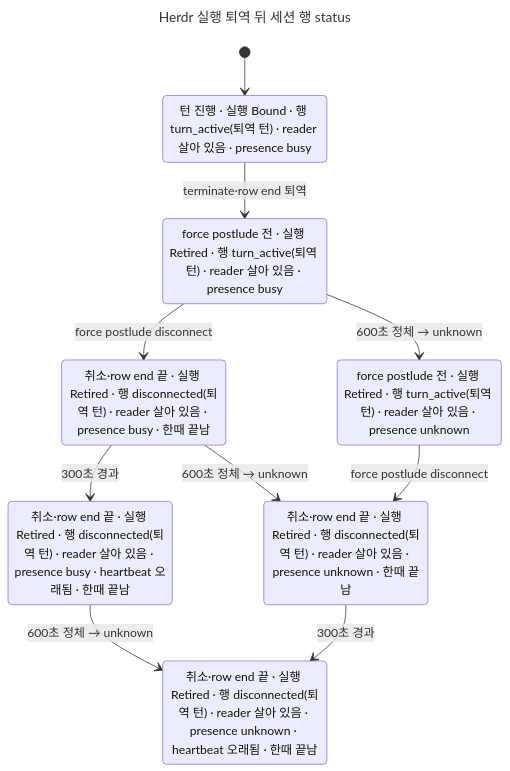
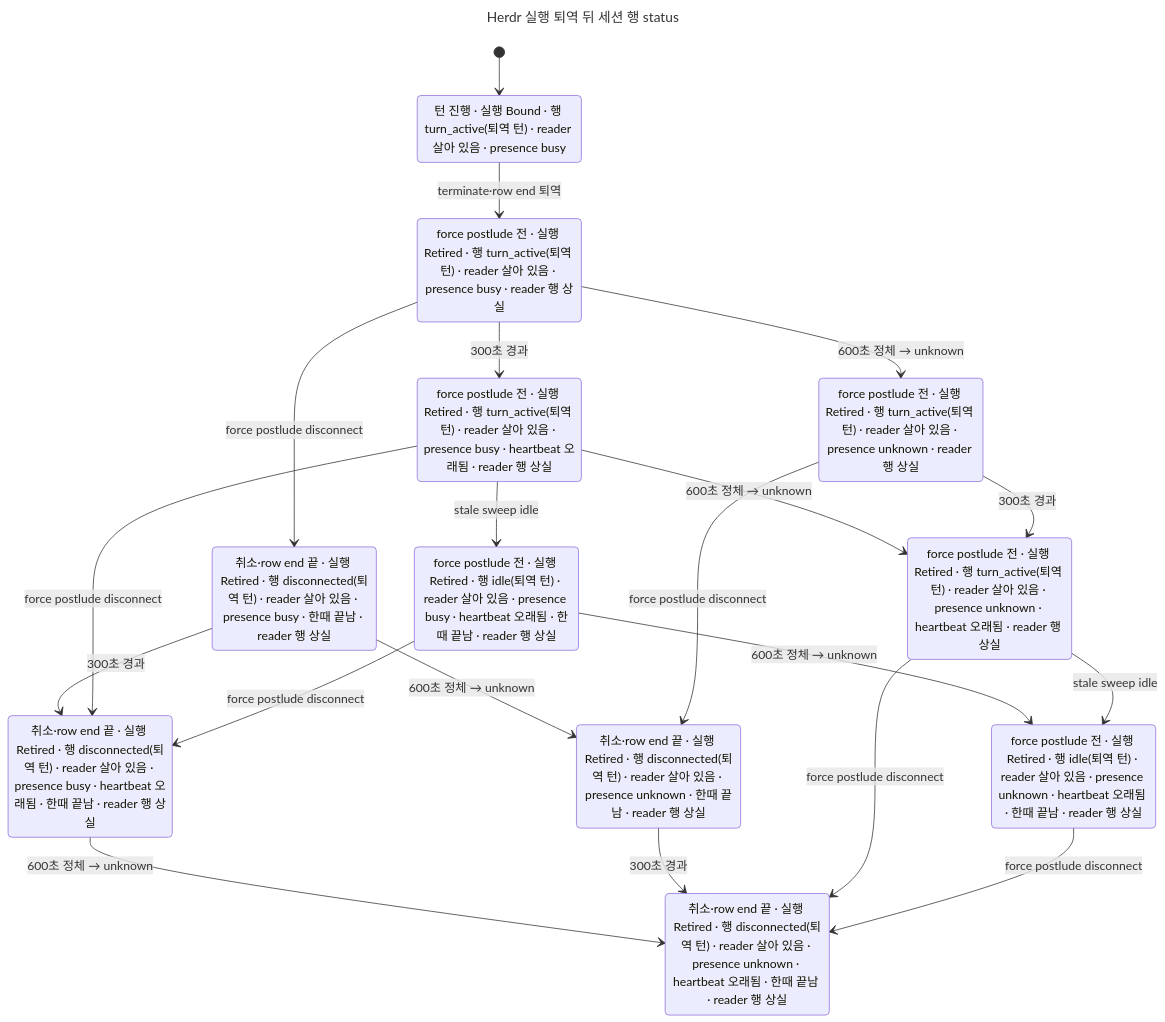
The diagram in docs/statecharts/session-lifecycle/herdr-retired-row-After.chart.mmd (itismyfield/AgentDesk), drawn with Mermaid before and after one commit. The commit also changed 29 other files, not shown here.

Commit message:
docs(statecharts): retired row model stops the lost reader's writes

```diff
--- a/docs/statecharts/session-lifecycle/herdr-retired-row-After.chart.mmd
+++ b/docs/statecharts/session-lifecycle/herdr-retired-row-After.chart.mmd
@@ -1,20 +1,34 @@
 ---
 title: "Herdr 실행 퇴역 뒤 세션 행 status"
 ---
 stateDiagram-v2
   s0: 턴 진행 #183; 실행 Bound #183; 행 turn_active(퇴역 턴) #183; reader 살아 있음 #183; presence busy
-  s1: force postlude 전 #183; 실행 Retired #183; 행 turn_active(퇴역 턴) #183; reader 살아 있음 #183; presence busy
-  s2: 취소#183;row end 끝 #183; 실행 Retired #183; 행 disconnected(퇴역 턴) #183; reader 살아 있음 #183; presence busy #183; 한때 끝남
-  s3: force postlude 전 #183; 실행 Retired #183; 행 turn_active(퇴역 턴) #183; reader 살아 있음 #183; presence unknown
-  s4: 취소#183;row end 끝 #183; 실행 Retired #183; 행 disconnected(퇴역 턴) #183; reader 살아 있음 #183; presence busy #183; heartbeat 오래됨 #183; 한때 끝남
-  s5: 취소#183;row end 끝 #183; 실행 Retired #183; 행 disconnected(퇴역 턴) #183; reader 살아 있음 #183; presence unknown #183; 한때 끝남
-  s6: 취소#183;row end 끝 #183; 실행 Retired #183; 행 disconnected(퇴역 턴) #183; reader 살아 있음 #183; presence unknown #183; heartbeat 오래됨 #183; 한때 끝남
+  s1: force postlude 전 #183; 실행 Retired #183; 행 turn_active(퇴역 턴) #183; reader 살아 있음 #183; presence busy #183; reader 행 상실
+  s2: 취소#183;row end 끝 #183; 실행 Retired #183; 행 disconnected(퇴역 턴) #183; reader 살아 있음 #183; presence busy #183; 한때 끝남 #183; reader 행 상실
+  s3: force postlude 전 #183; 실행 Retired #183; 행 turn_active(퇴역 턴) #183; reader 살아 있음 #183; presence busy #183; heartbeat 오래됨 #183; reader 행 상실
+  s4: force postlude 전 #183; 실행 Retired #183; 행 turn_active(퇴역 턴) #183; reader 살아 있음 #183; presence unknown #183; reader 행 상실
+  s5: 취소#183;row end 끝 #183; 실행 Retired #183; 행 disconnected(퇴역 턴) #183; reader 살아 있음 #183; presence busy #183; heartbeat 오래됨 #183; 한때 끝남 #183; reader 행 상실
+  s6: 취소#183;row end 끝 #183; 실행 Retired #183; 행 disconnected(퇴역 턴) #183; reader 살아 있음 #183; presence unknown #183; 한때 끝남 #183; reader 행 상실
+  s7: force postlude 전 #183; 실행 Retired #183; 행 idle(퇴역 턴) #183; reader 살아 있음 #183; presence busy #183; heartbeat 오래됨 #183; 한때 끝남 #183; reader 행 상실
+  s8: force postlude 전 #183; 실행 Retired #183; 행 turn_active(퇴역 턴) #183; reader 살아 있음 #183; presence unknown #183; heartbeat 오래됨 #183; reader 행 상실
+  s9: 취소#183;row end 끝 #183; 실행 Retired #183; 행 disconnected(퇴역 턴) #183; reader 살아 있음 #183; presence unknown #183; heartbeat 오래됨 #183; 한때 끝남 #183; reader 행 상실
+  s10: force postlude 전 #183; 실행 Retired #183; 행 idle(퇴역 턴) #183; reader 살아 있음 #183; presence unknown #183; heartbeat 오래됨 #183; 한때 끝남 #183; reader 행 상실
   [*] --> s0
   s0 --> s1: terminate#183;row end 퇴역
   s1 --> s2: force postlude disconnect
-  s1 --> s3: 600초 정체 #8594; unknown
-  s2 --> s4: 300초 경과
-  s2 --> s5: 600초 정체 #8594; unknown
+  s1 --> s3: 300초 경과
+  s1 --> s4: 600초 정체 #8594; unknown
+  s2 --> s5: 300초 경과
+  s2 --> s6: 600초 정체 #8594; unknown
   s3 --> s5: force postlude disconnect
-  s4 --> s6: 600초 정체 #8594; unknown
-  s5 --> s6: 300초 경과
+  s3 --> s7: stale sweep idle
+  s3 --> s8: 600초 정체 #8594; unknown
+  s4 --> s6: force postlude disconnect
+  s4 --> s8: 300초 경과
+  s5 --> s9: 600초 정체 #8594; unknown
+  s6 --> s9: 300초 경과
+  s7 --> s5: force postlude disconnect
+  s7 --> s10: 600초 정체 #8594; unknown
+  s8 --> s9: force postlude disconnect
+  s8 --> s10: stale sweep idle
+  s10 --> s9: force postlude disconnect
```
